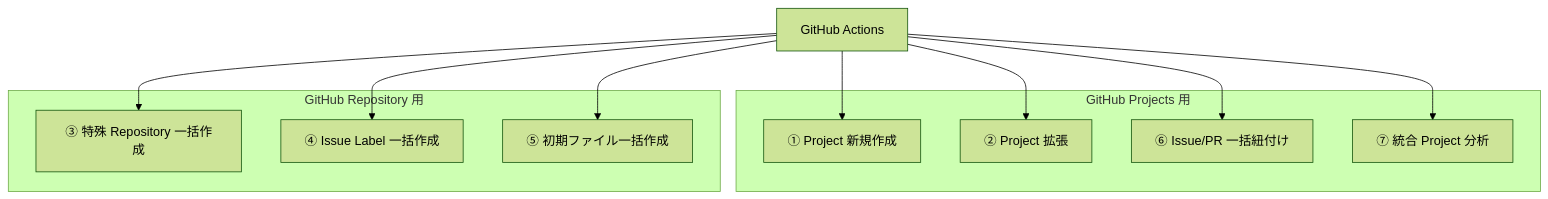
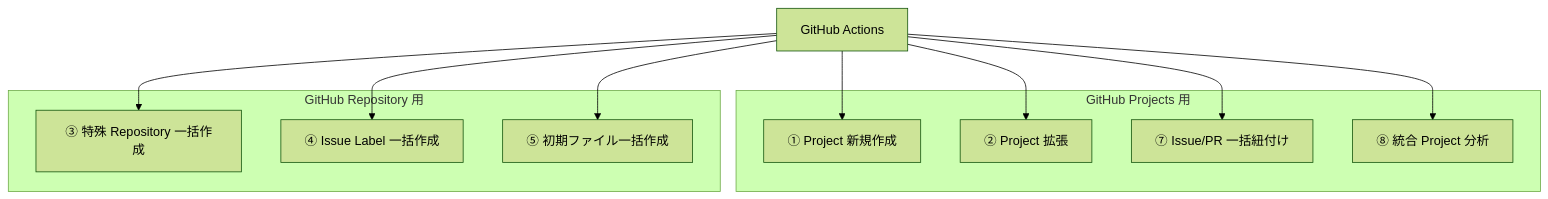
The diagram in docs/reference/developers.md (lurest-inc/github-projects-ops-kit), drawn with Mermaid (forest theme) before and after one commit. The commit also changed other lines of this file and 26 other files, not shown here.

````diff
--- a/docs/reference/developers.md
+++ b/docs/reference/developers.md
@@ -22,25 +22,25 @@
 ```mermaid
 flowchart TD
     root["GitHub Actions"]
 
     root --> A
     root --> B
     root --> G
     root --> C
     root --> E
     root --> D
     root --> F
 
     subgraph projects ["GitHub Projects 用"]
         A["① Project 新規作成"]
         B["② Project 拡張"]
-        D["⑥ Issue/PR 一括紐付け"]
-        F["⑦ 統合 Project 分析"]
+        D["⑦ Issue/PR 一括紐付け"]
+        F["⑧ 統合 Project 分析"]
     end
 
     subgraph repos ["GitHub Repository 用"]
         G["③ 特殊 Repository 一括作成"]
         C["④ Issue Label 一括作成"]
         E["⑤ 初期ファイル一括作成"]
     end
 ```
````
